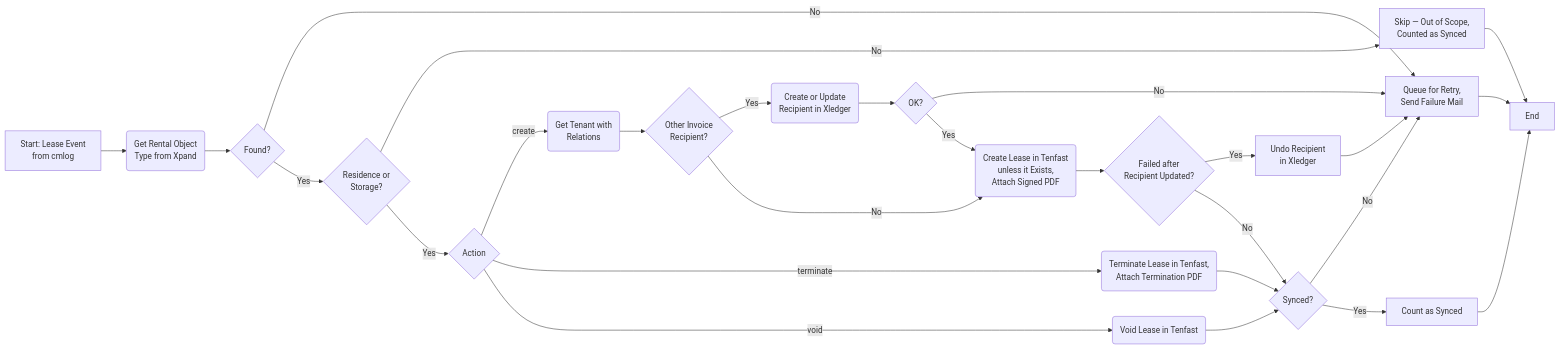
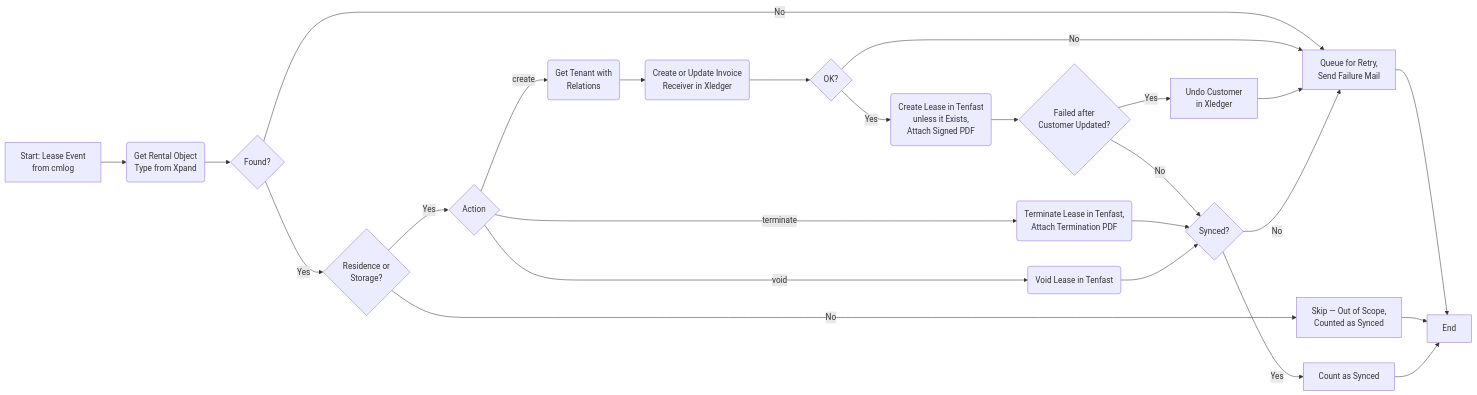
Before and after one commit to Bostads-AB-Mimer/onecore: the first of 2 diagrams in core/src/scripts/sync-leases/DOCS_Sync_Leases.md, drawn with Mermaid. The commit also changed other lines of this file and 4 other files, not shown here.

First line of the commit message:
fix(core): create new tenants as Xledger customers on lease create (AVTAL-540) (#939)

````diff
--- a/core/src/scripts/sync-leases/DOCS_Sync_Leases.md
+++ b/core/src/scripts/sync-leases/DOCS_Sync_Leases.md
@@ -105,29 +105,27 @@
 ```mermaid
 flowchart LR
 A[Start: Lease Event<br/>from cmlog] --> B(Get Rental Object<br/>Type from Xpand)
 B --> Bq{Found?}
 Bq --> |No| Q[Queue for Retry,<br/>Send Failure Mail]
 Bq --> |Yes| C{Residence or<br/>Storage?}
 C --> |No| S[Skip — Out of Scope,<br/>Counted as Synced]
 C --> |Yes| D{Action}
 D --> |create| E(Get Tenant with<br/>Relations)
-E --> Eq{Other Invoice<br/>Recipient?}
-Eq --> |Yes| F(Create or Update<br/>Recipient in Xledger)
-Eq --> |No| G
+E --> F(Create or Update Invoice<br/>Receiver in Xledger)
 F --> Fq{OK?}
 Fq --> |No| Q
 Fq --> |Yes| G(Create Lease in Tenfast<br/>unless it Exists,<br/>Attach Signed PDF)
-G --> Gq{Failed after<br/>Recipient Updated?}
-Gq --> |Yes| Ux[Undo Recipient<br/>in Xledger]
+G --> Gq{Failed after<br/>Customer Updated?}
+Gq --> |Yes| Ux[Undo Customer<br/>in Xledger]
 Ux --> Q
 D --> |terminate| H(Terminate Lease in Tenfast,<br/>Attach Termination PDF)
 D --> |void| I(Void Lease in Tenfast)
 Gq --> |No| R{Synced?}
 H --> R
 I --> R
 R --> |No| Q
 R --> |Yes| N[Count as Synced]
 Q --> Z[End]
 S --> Z
 N --> Z
 ```
````
